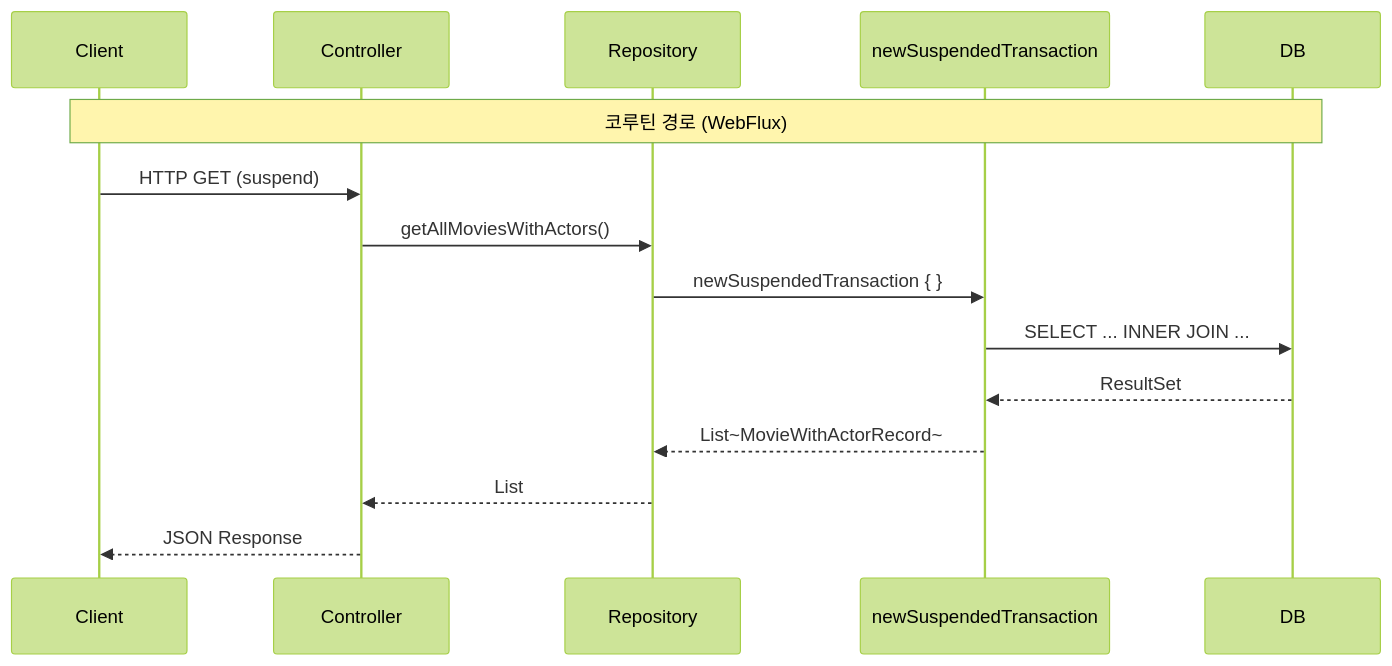
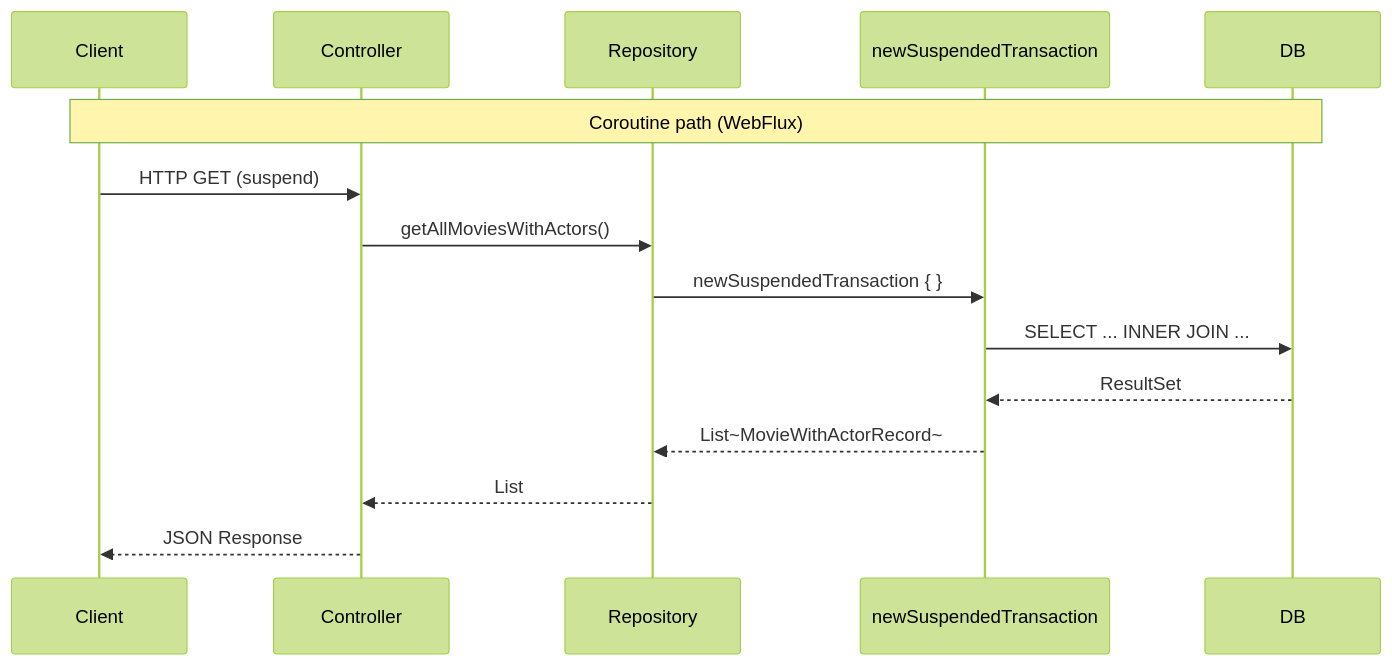
Before and after one commit to bluetape4k/exposed-workshop: the third of 3 diagrams in 09-spring/05-exposed-repository-coroutines/README.md, drawn with Mermaid (forest theme). The commit also changed other lines of this file and 115 other files, not shown here.

````diff
--- a/09-spring/05-exposed-repository-coroutines/README.md
+++ b/09-spring/05-exposed-repository-coroutines/README.md
@@ -152,18 +153,18 @@
 ```mermaid
 sequenceDiagram
     participant Client
     participant Controller
     participant Repository
     participant STM as newSuspendedTransaction
     participant DB
 
-    Note over Client,DB: 코루틴 경로 (WebFlux)
+    Note over Client,DB: Coroutine path (WebFlux)
     Client->>Controller: HTTP GET (suspend)
     Controller->>Repository: getAllMoviesWithActors()
     Repository->>STM: newSuspendedTransaction { }
     STM->>DB: SELECT ... INNER JOIN ...
     DB-->>STM: ResultSet
     STM-->>Repository: List~MovieWithActorRecord~
     Repository-->>Controller: List
     Controller-->>Client: JSON Response
 ```
````
